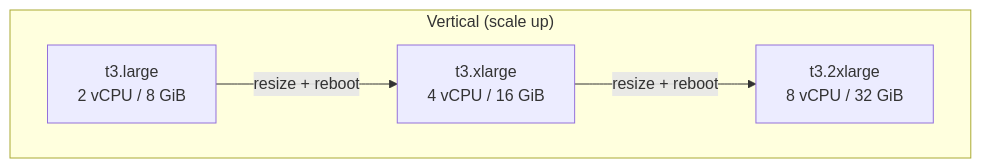
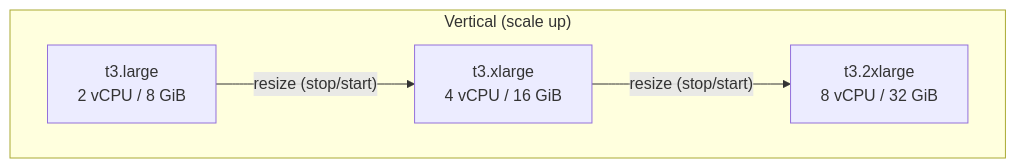
Before and after one commit to hairbui76/aws-saa-c03: the first of 2 diagrams in data/07 EC2/Horizontal vs Vertical Scaling.md, drawn with Mermaid. The commit also changed other lines of this file and 81 other files, not shown here.

````diff
--- a/data/07 EC2/Horizontal vs Vertical Scaling.md
+++ b/data/07 EC2/Horizontal vs Vertical Scaling.md
@@ -51,7 +52,7 @@
 ```mermaid
 flowchart LR
   subgraph V["Vertical (scale up)"]
     direction LR
-    V1["t3.large<br/>2 vCPU / 8 GiB"] -->|"resize + reboot"| V2["t3.xlarge<br/>4 vCPU / 16 GiB"] -->|"resize + reboot"| V3["t3.2xlarge<br/>8 vCPU / 32 GiB"]
+    V1["t3.large<br/>2 vCPU / 8 GiB"] -->|"resize (stop/start)"| V2["t3.xlarge<br/>4 vCPU / 16 GiB"] -->|"resize (stop/start)"| V3["t3.2xlarge<br/>8 vCPU / 32 GiB"]
   end
 ```
````
